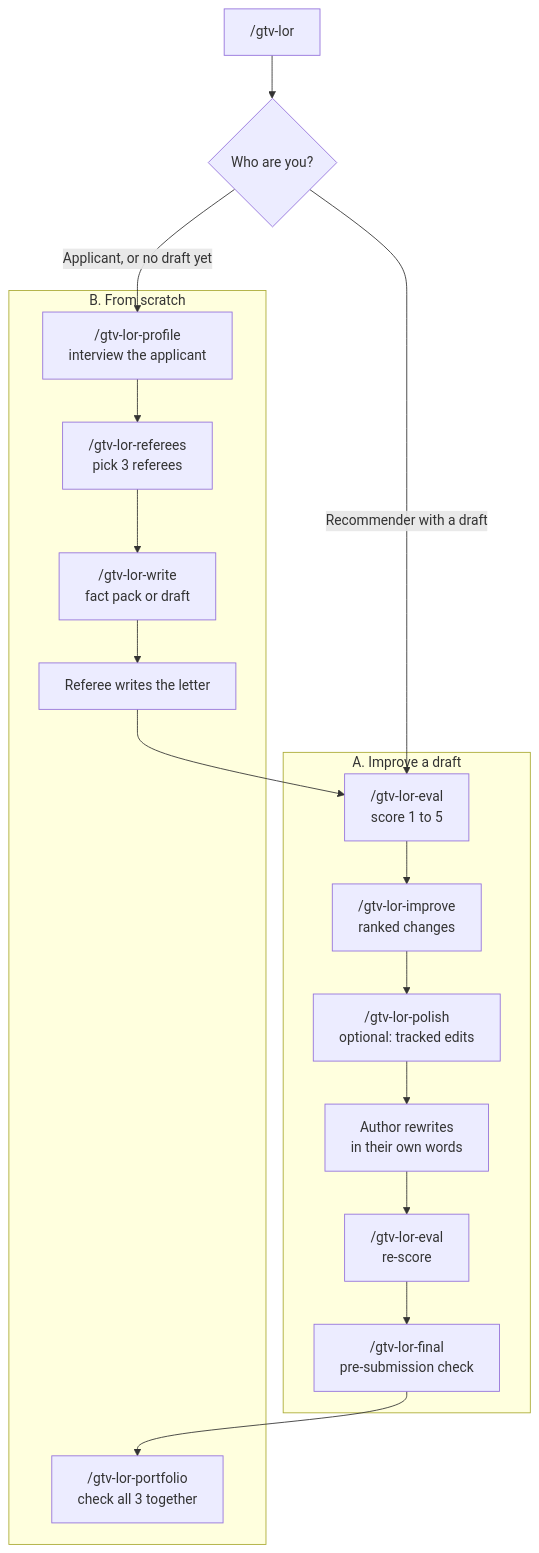
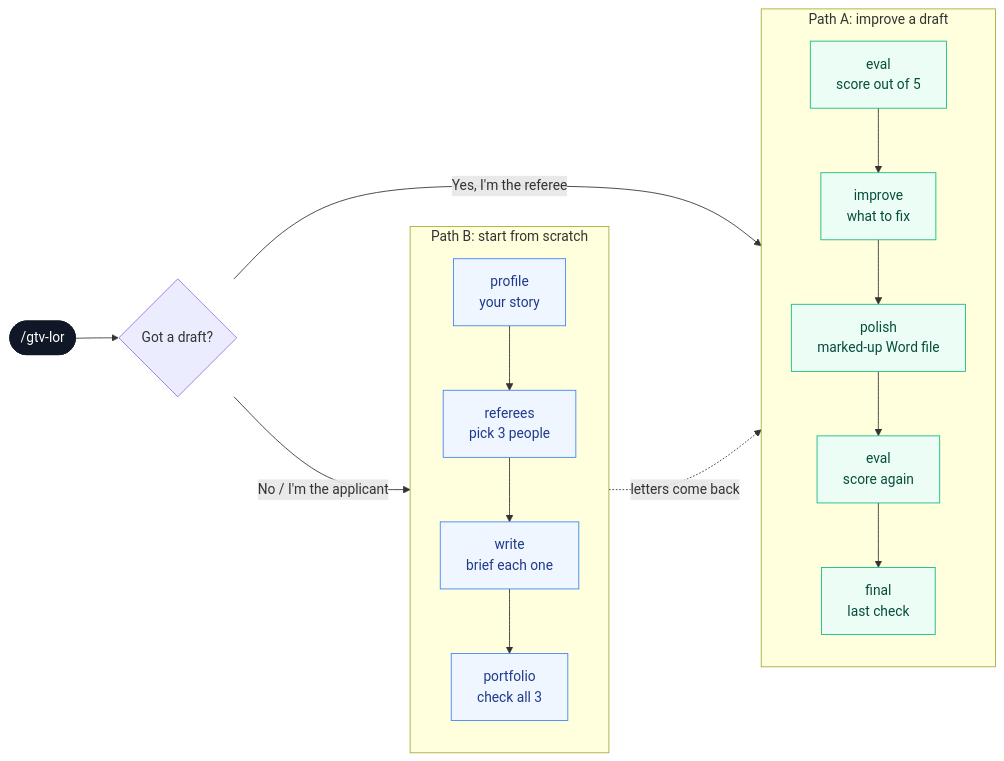
One commit to j16h/gtv-lor changed the diagram in README.md. Above: the diagram before and after it, drawn with Mermaid. The commit also changed other lines of this file and 35 other files, not shown here.

````diff
--- a/README.md
+++ b/README.md
@@ -51,22 +155,30 @@
 ```mermaid
-flowchart TD
-    S["/gtv-lor"] --> Q{"Who are you?"}
-    Q -->|"Recommender with a draft"| A1
-    Q -->|"Applicant, or no draft yet"| B1
+flowchart LR
+    S(["/gtv-lor"]) --> Q{"Got a draft?"}
+    Q -->|"Yes, I'm the referee"| A1
+    Q -->|"No / I'm the applicant"| B1
 
-    subgraph A ["A. Improve a draft"]
-        A1["/gtv-lor-eval<br/>score 1 to 5"] --> A2["/gtv-lor-improve<br/>ranked changes"]
-        A2 --> A3["/gtv-lor-polish<br/>optional: tracked edits"]
-        A3 --> A4["Author rewrites<br/>in their own words"]
-        A4 --> A5["/gtv-lor-eval<br/>re-score"]
-        A5 --> A6["/gtv-lor-final<br/>pre-submission check"]
+    subgraph A ["Path A: improve a draft"]
+        direction TB
+        A1["eval<br/>score out of 5"] --> A2["improve<br/>what to fix"]
+        A2 --> A3["polish<br/>marked-up Word file"]
+        A3 --> A4["eval<br/>score again"]
+        A4 --> A5["final<br/>last check"]
     end
 
-    subgraph B ["B. From scratch"]
-        B1["/gtv-lor-profile<br/>interview the applicant"] --> B2["/gtv-lor-referees<br/>pick 3 referees"]
-        B2 --> B3["/gtv-lor-write<br/>fact pack or draft"]
-        B3 --> B4["Referee writes the letter"]
-        B4 --> A1
-        A6 --> B5["/gtv-lor-portfolio<br/>check all 3 together"]
+    subgraph B ["Path B: start from scratch"]
+        direction TB
+        B1["profile<br/>your story"] --> B2["referees<br/>pick 3 people"]
+        B2 --> B3["write<br/>brief each one"]
+        B3 --> B4["portfolio<br/>check all 3"]
     end
+
+    B3 -. "letters come back" .-> A1
+
+    classDef start fill:#101727,stroke:#101727,color:#fff
+    classDef stepA fill:#ecfdf5,stroke:#10b981,color:#064e3b
+    classDef stepB fill:#eff6ff,stroke:#3b82f6,color:#1e3a8a
+    class S start
+    class A1,A2,A3,A4,A5 stepA
+    class B1,B2,B3,B4 stepB
 ```
````
